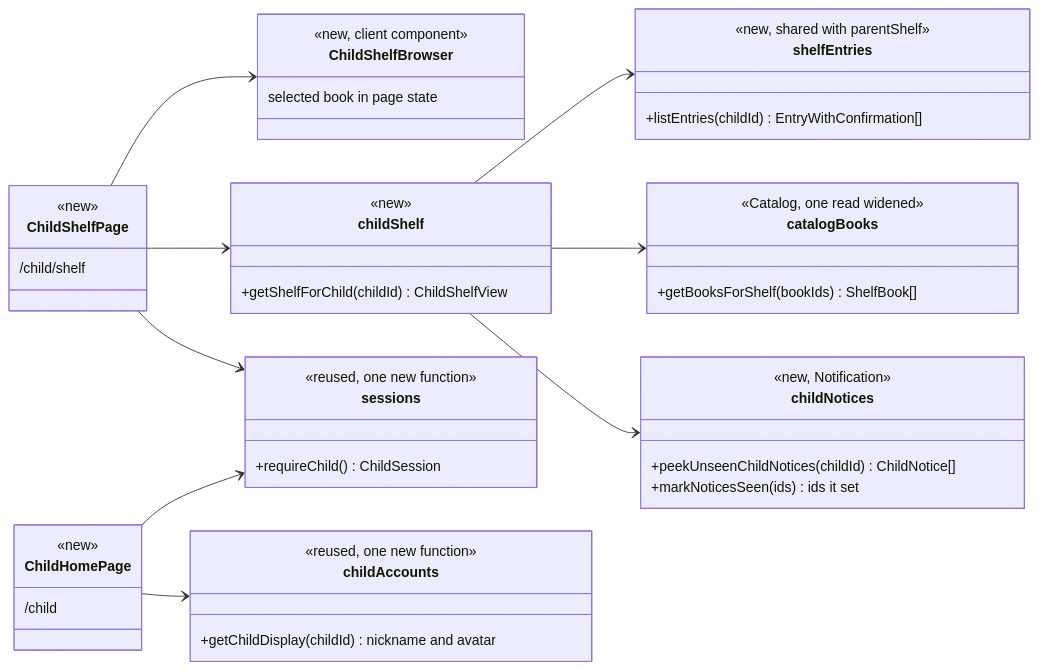
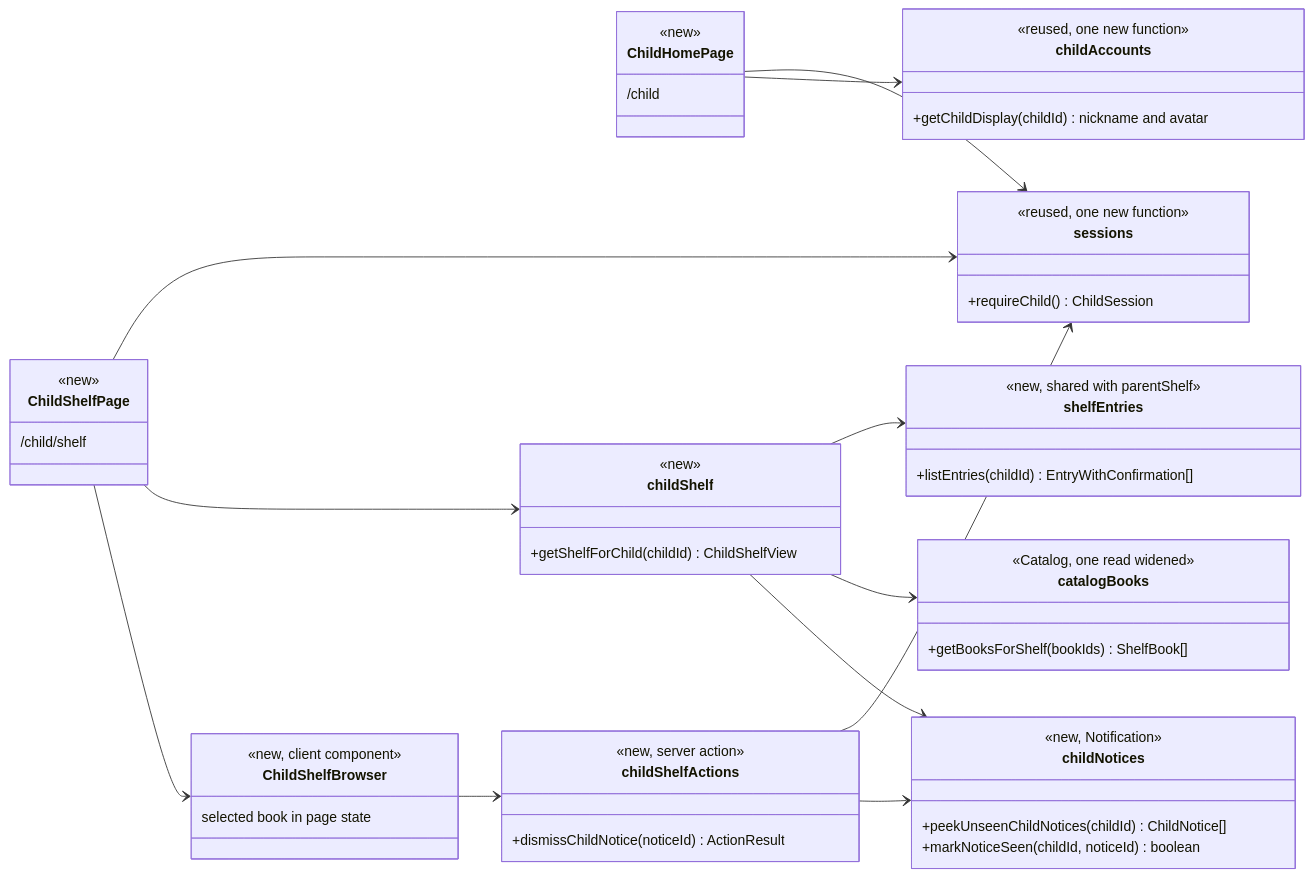
One commit to videogames21/book_buddies changed the second of 9 diagrams in design/shlf.md. Above: the diagram before and after it, drawn with Mermaid. The commit also changed other lines of this file and 4 other files, not shown here.

First line of the commit message:
Address review of #106: throttle, sessions, notices, COPPA

````diff
--- a/design/shlf.md
+++ b/design/shlf.md
@@ -79,49 +79,56 @@
 ```mermaid
 classDiagram
     direction LR
     class ChildHomePage {
         <<new>>
         /child
     }
     class ChildShelfPage {
         <<new>>
         /child/shelf
     }
     class ChildShelfBrowser {
         <<new, client component>>
         selected book in page state
     }
     class childShelf {
         <<new>>
         +getShelfForChild(childId) ChildShelfView
     }
     class shelfEntries {
         <<new, shared with parentShelf>>
         +listEntries(childId) EntryWithConfirmation[]
     }
     class childNotices {
         <<new, Notification>>
         +peekUnseenChildNotices(childId) ChildNotice[]
-        +markNoticesSeen(ids) ids it set
+        +markNoticeSeen(childId, noticeId) boolean
+    }
+    class childShelfActions {
+        <<new, server action>>
+        +dismissChildNotice(noticeId) ActionResult
     }
     class catalogBooks {
         <<Catalog, one read widened>>
         +getBooksForShelf(bookIds) ShelfBook[]
     }
     class sessions {
         <<reused, one new function>>
         +requireChild() ChildSession
     }
     class childAccounts {
         <<reused, one new function>>
         +getChildDisplay(childId) nickname and avatar
     }
     ChildHomePage --> sessions
     ChildHomePage --> childAccounts
     ChildShelfPage --> sessions
     ChildShelfPage --> childShelf
     ChildShelfPage --> ChildShelfBrowser
+    ChildShelfBrowser --> childShelfActions
+    childShelfActions --> sessions
+    childShelfActions --> childNotices
     childShelf --> shelfEntries
     childShelf --> catalogBooks
     childShelf --> childNotices
 ```
````
